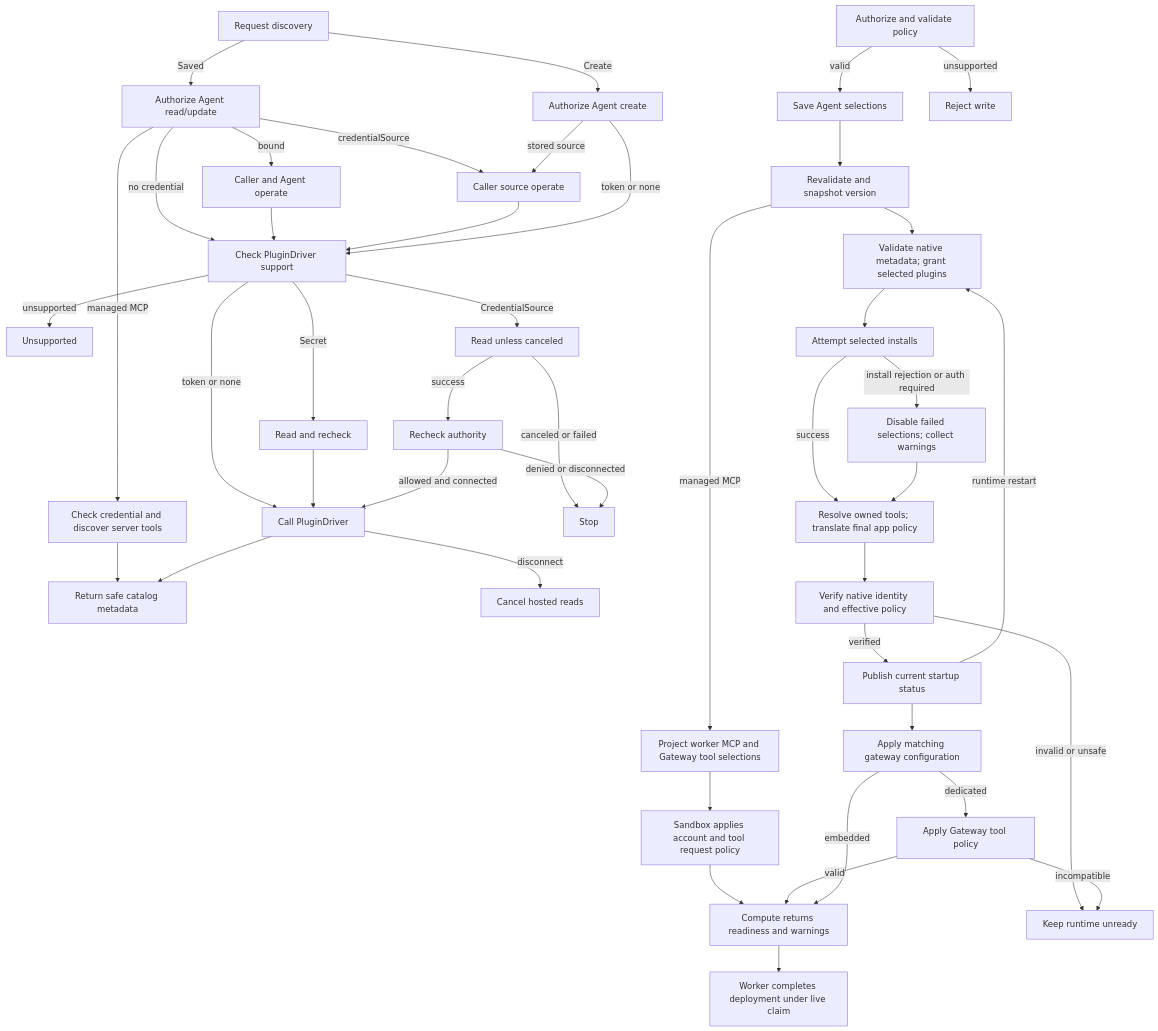
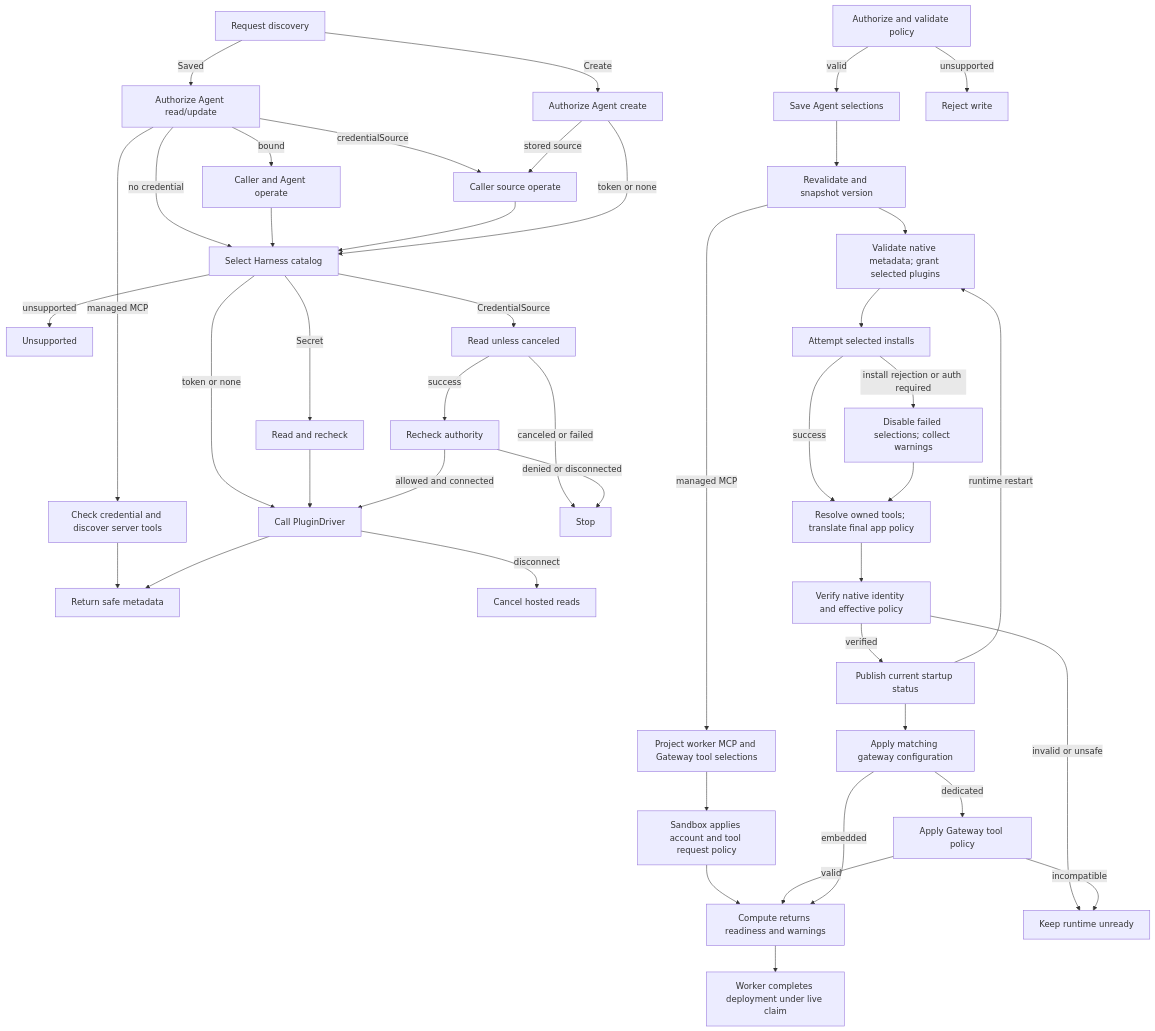
The diagram in docs/flows/agent-plugins.md (openclaw/openclaw-enterprise), drawn with Mermaid before and after one commit. The commit also changed other lines of this file and 91 other files, not shown here.

First line of the commit message:
Route Agent plugin catalogs by Harness in mixed Installations (#4174)

````diff
--- a/docs/flows/agent-plugins.md
+++ b/docs/flows/agent-plugins.md
@@ -28,42 +25,42 @@
 ```mermaid
 graph TD
   D0["Request discovery"] -->|Create| D1["Authorize Agent create"]
   D0 -->|Saved| E0["Authorize Agent read/update"]
   E0 -->|no credential| D6
   E0 -->|bound| E1["Caller and Agent operate"] --> D6
   E0 -->|managed MCP| M0["Check credential and discover server tools"] --> D5
   E0 -->|credentialSource| D2
-  D1 -->|stored source| D2["Caller source operate"] --> D6["Check PluginDriver support"]
+  D1 -->|stored source| D2["Caller source operate"] --> D6["Select Harness catalog"]
   D1 -->|token or none| D6
   D6 -->|unsupported| D7["Unsupported"]
   D6 -->|token or none| D4["Call PluginDriver"]
   D6 -->|Secret| D3["Read and recheck"] --> D4
   D6 -->|CredentialSource| D9["Read unless canceled"]
   D9 -->|success| D10["Recheck authority"]
   D10 -->|allowed and connected| D4
   D9 -->|canceled or failed| D12["Stop"]
   D10 -->|denied or disconnected| D12
   D4 -->|disconnect| D8["Cancel hosted reads"]
-  D4 --> D5["Return safe catalog metadata"]
+  D4 --> D5["Return safe metadata"]
   A["Authorize and validate policy"] -->|valid| S["Save Agent selections"]
   A -->|unsupported| Y["Reject write"]
   S --> B["Revalidate and snapshot version"]
   B -->|managed MCP| K["Project worker MCP and Gateway tool selections"]
   K --> L["Sandbox applies account and tool request policy"]
   L --> I
   B --> C["Validate native metadata; grant selected plugins"]
   C --> D["Attempt selected installs"]
   D -->|install rejection or auth required| E["Disable failed selections; collect warnings"]
   D -->|success| T["Resolve owned tools; translate final app policy"]
   E --> T
   T --> F["Verify native identity and effective policy"]
   F -->|invalid or unsafe| X["Keep runtime unready"]
   F -->|verified| G["Publish current startup status"]
   G --> H["Apply matching gateway configuration"]
   H -->|dedicated| P["Apply Gateway tool policy"]
   P -->|incompatible| X
   P -->|valid| I
   H -->|embedded| I["Compute returns readiness and warnings"]
   I --> J["Worker completes deployment under live claim"]
   G -->|runtime restart| C
 ```
````
